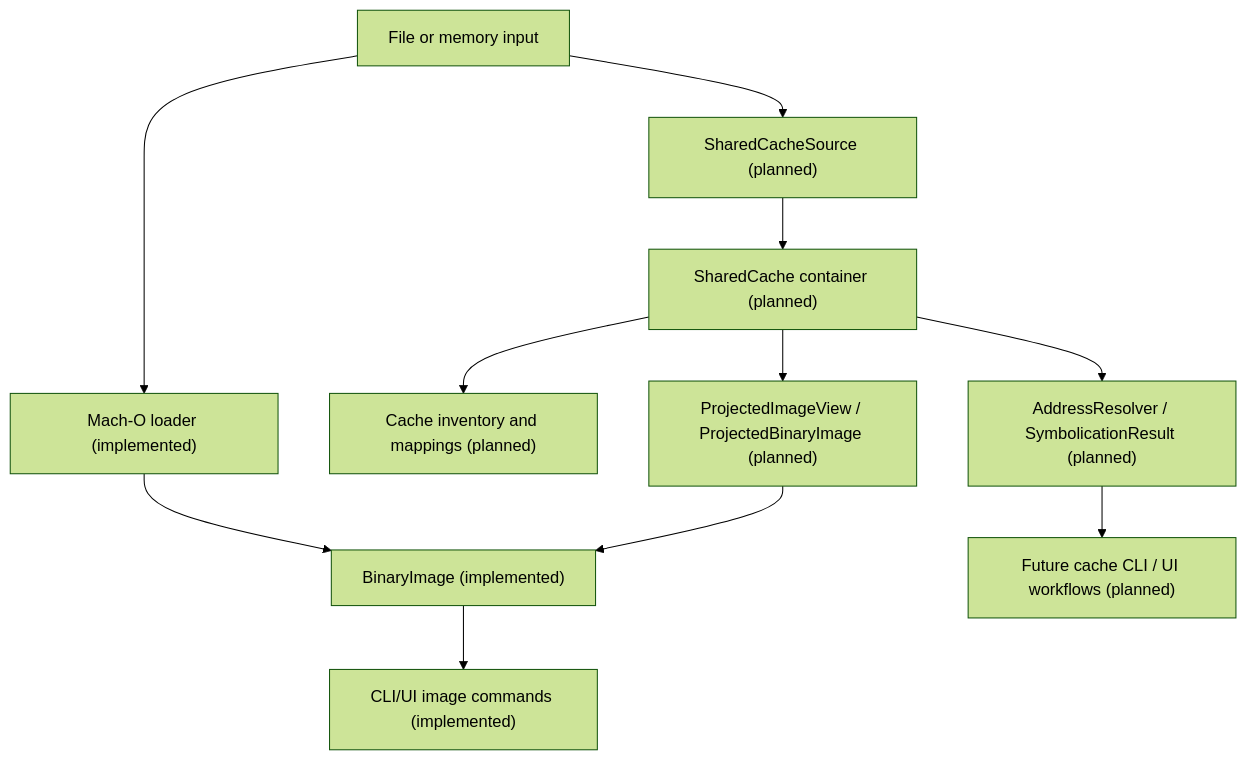
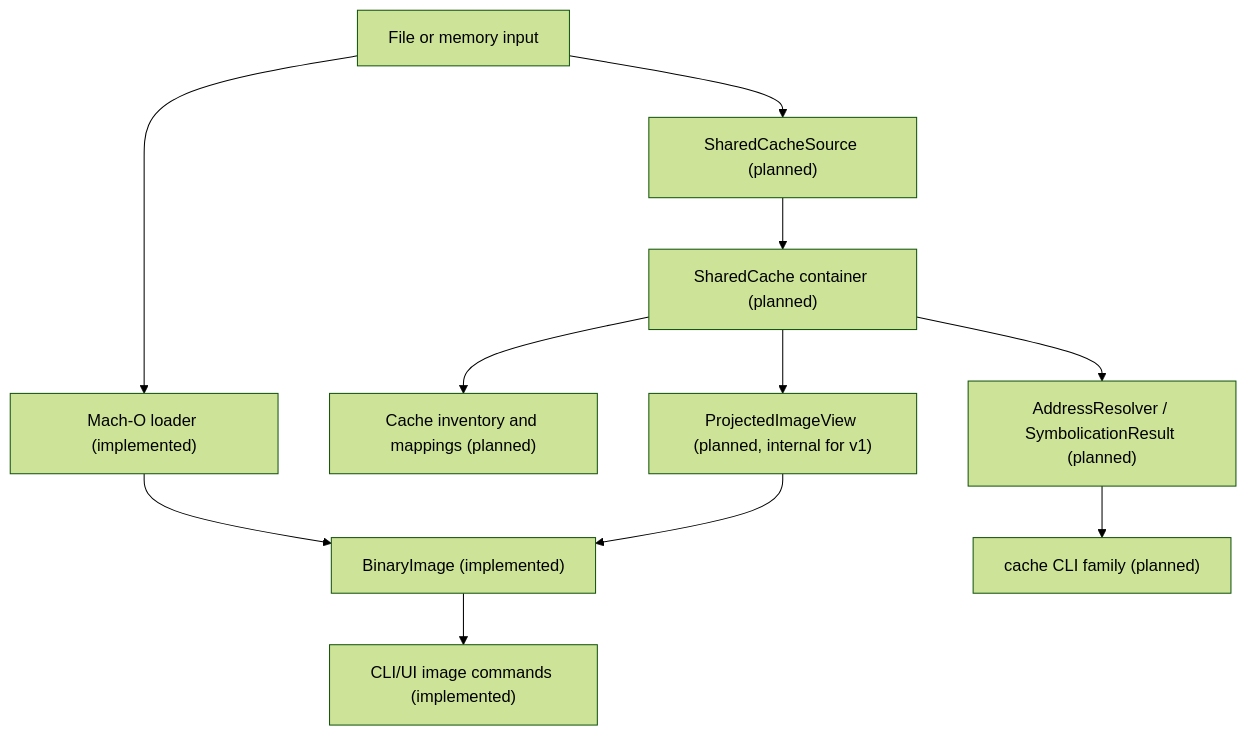
The first of 2 diagrams in docs/architecture/apple-runtime-analysis-architecture.md (theroutercompany/damsel-disasm), drawn with Mermaid (forest theme) before and after one commit. The commit also changed other lines of this file and 34 other files, not shown here.

````diff
--- a/docs/architecture/apple-runtime-analysis-architecture.md
+++ b/docs/architecture/apple-runtime-analysis-architecture.md
@@ -163,13 +174,13 @@
 ```mermaid
 flowchart TD
   A["File or memory input"] --> B["Mach-O loader (implemented)"]
   A --> C["SharedCacheSource (planned)"]
   B --> D["BinaryImage (implemented)"]
   D --> E["CLI/UI image commands (implemented)"]
   C --> F["SharedCache container (planned)"]
   F --> G["Cache inventory and mappings (planned)"]
   F --> H["AddressResolver / SymbolicationResult (planned)"]
-  F --> I["ProjectedImageView / ProjectedBinaryImage (planned)"]
+  F --> I["ProjectedImageView (planned, internal for v1)"]
   I --> D
-  H --> J["Future cache CLI / UI workflows (planned)"]
+  H --> J["cache CLI family (planned)"]
 ```
````
